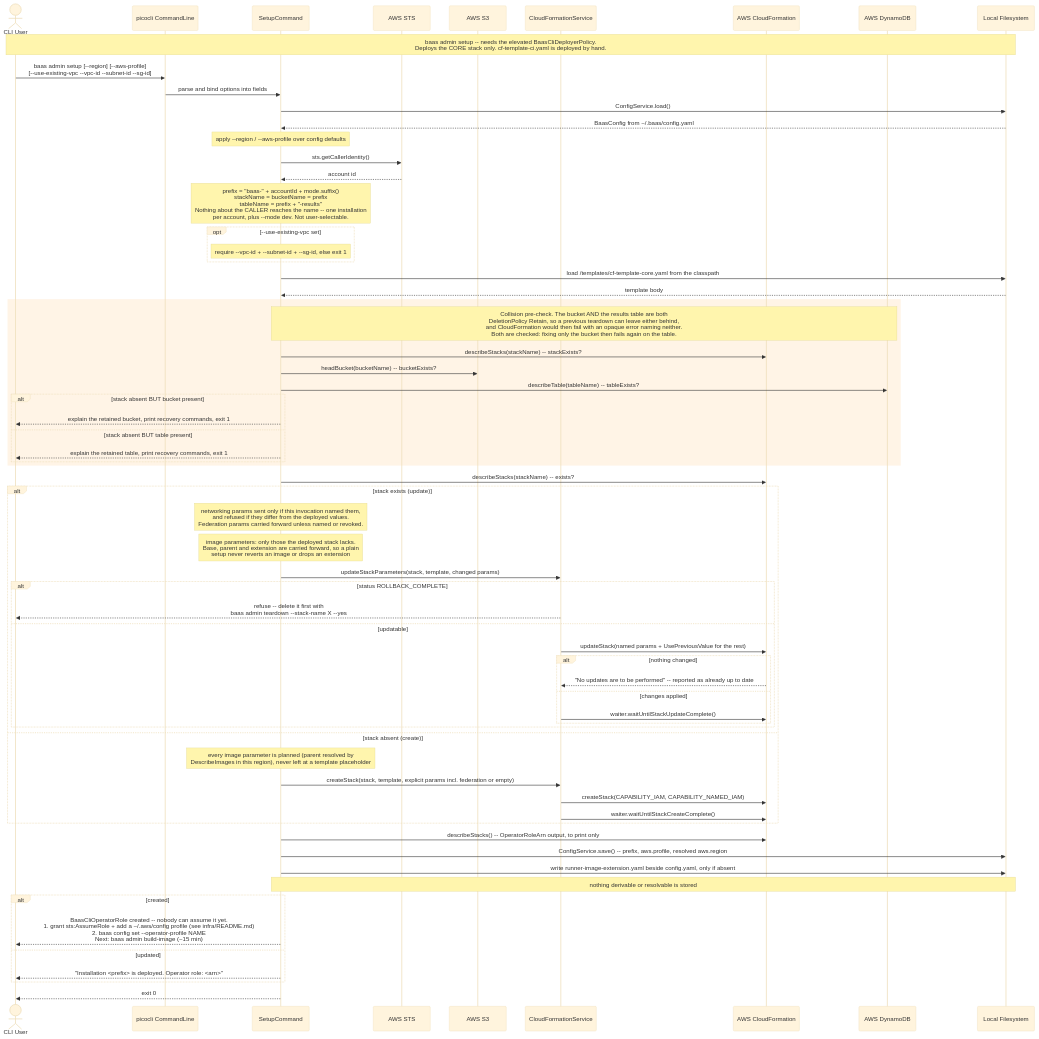
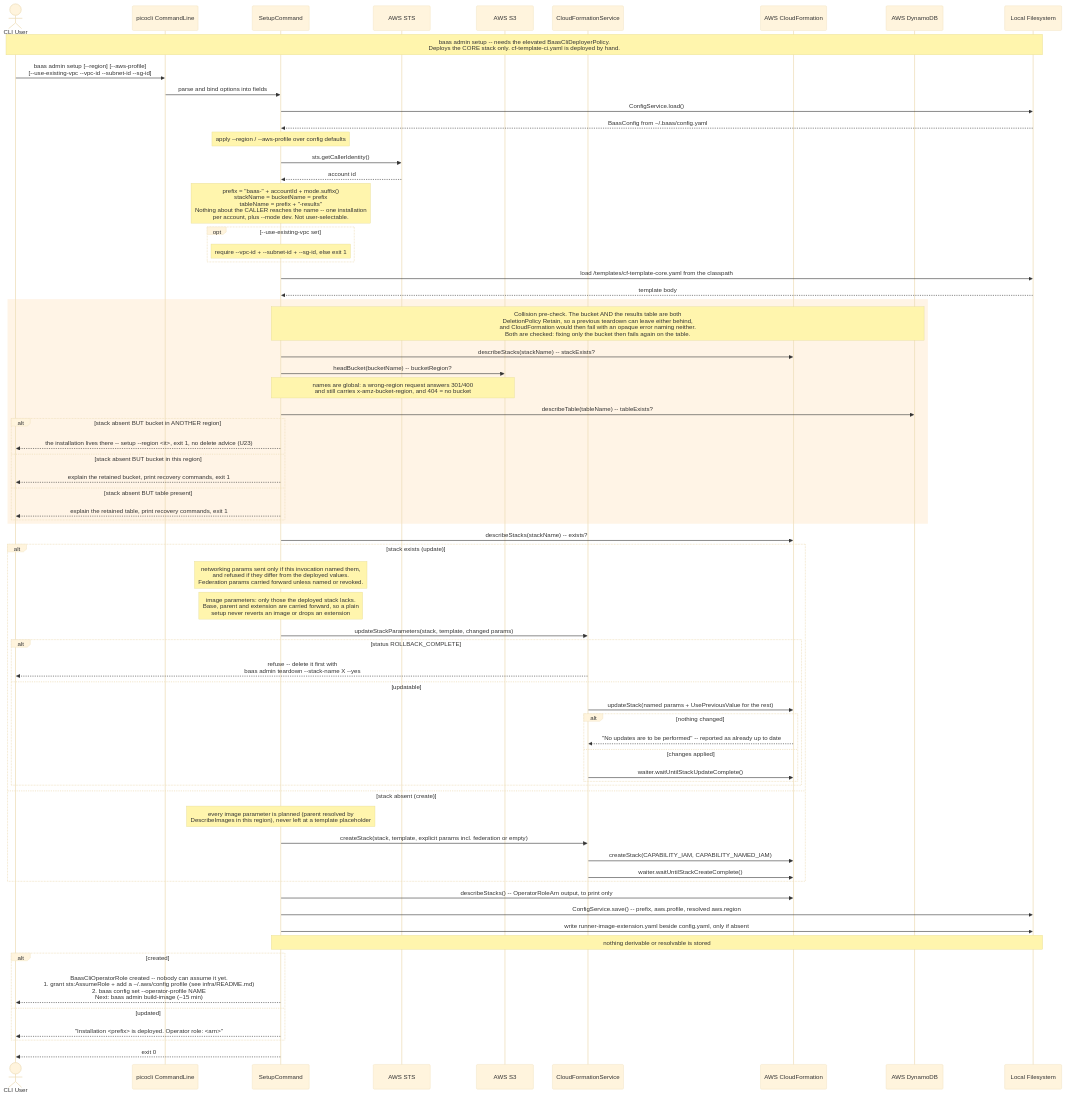
The diagram in docs/diagrams/baas-setup.mmd (wsztajerowski/benchmark-as-a-service), drawn with Mermaid (base theme) before and after one commit. The commit also changed 6 other files, not shown here.

First line of the commit message:
fix(cli): name the region a blocking bucket lives in during setup (U23)

```diff
--- a/docs/diagrams/baas-setup.mmd
+++ b/docs/diagrams/baas-setup.mmd
@@ -1,72 +1,75 @@
 sequenceDiagram
     actor User as CLI User
     participant picocli as picocli CommandLine
     participant SC as SetupCommand
     participant STS as AWS STS
     participant S3 as AWS S3
     participant CFSvc as CloudFormationService
     participant CF as AWS CloudFormation
     participant DDB as AWS DynamoDB
     participant FS as Local Filesystem
 
     Note over User,FS: baas admin setup -- needs the elevated BaasCliDeployerPolicy.<br/>Deploys the CORE stack only. cf-template-ci.yaml is deployed by hand.
     User->>picocli: baas admin setup [--region] [--aws-profile]<br/>[--use-existing-vpc --vpc-id --subnet-id --sg-id]
     picocli->>SC: parse and bind options into fields
     SC->>FS: ConfigService.load()
     FS-->>SC: BaasConfig from ~/.baas/config.yaml
     Note over SC: apply --region / --aws-profile over config defaults
     SC->>STS: sts.getCallerIdentity()
     STS-->>SC: account id
     Note over SC: prefix = "baas-" + accountId + mode.suffix()<br/>stackName = bucketName = prefix<br/>tableName = prefix + "-results"<br/>Nothing about the CALLER reaches the name -- one installation<br/>per account, plus --mode dev. Not user-selectable.
     opt --use-existing-vpc set
         Note over SC: require --vpc-id + --subnet-id + --sg-id, else exit 1
     end
     SC->>FS: load /templates/cf-template-core.yaml from the classpath
     FS-->>SC: template body
 
     rect rgb(255, 244, 230)
         Note over SC,DDB: Collision pre-check. The bucket AND the results table are both<br/>DeletionPolicy Retain, so a previous teardown can leave either behind,<br/>and CloudFormation would then fail with an opaque error naming neither.<br/>Both are checked: fixing only the bucket then fails again on the table.
         SC->>CF: describeStacks(stackName) -- stackExists?
-        SC->>S3: headBucket(bucketName) -- bucketExists?
+        SC->>S3: headBucket(bucketName) -- bucketRegion?
+        Note over SC,S3: names are global: a wrong-region request answers 301/400<br/>and still carries x-amz-bucket-region, and 404 = no bucket
         SC->>DDB: describeTable(tableName) -- tableExists?
-        alt stack absent BUT bucket present
+        alt stack absent BUT bucket in ANOTHER region
+            SC-->>User: the installation lives there -- setup --region <it>, exit 1, no delete advice (U23)
+        else stack absent BUT bucket in this region
             SC-->>User: explain the retained bucket, print recovery commands, exit 1
         else stack absent BUT table present
             SC-->>User: explain the retained table, print recovery commands, exit 1
         end
     end
 
     SC->>CF: describeStacks(stackName) -- exists?
     alt stack exists (update)
         Note over SC: networking params sent only if this invocation named them,<br/>and refused if they differ from the deployed values.<br/>Federation params carried forward unless named or revoked.
         Note over SC: image parameters: only those the deployed stack lacks.<br/>Base, parent and extension are carried forward, so a plain<br/>setup never reverts an image or drops an extension
         SC->>CFSvc: updateStackParameters(stack, template, changed params)
         alt status ROLLBACK_COMPLETE
             CFSvc-->>User: refuse -- delete it first with<br/>baas admin teardown --stack-name X --yes
         else updatable
             CFSvc->>CF: updateStack(named params + UsePreviousValue for the rest)
             alt nothing changed
                 CF-->>CFSvc: "No updates are to be performed" -- reported as already up to date
             else changes applied
                 CFSvc->>CF: waiter.waitUntilStackUpdateComplete()
             end
         end
     else stack absent (create)
         Note over SC: every image parameter is planned (parent resolved by<br/>DescribeImages in this region), never left at a template placeholder
         SC->>CFSvc: createStack(stack, template, explicit params incl. federation or empty)
         CFSvc->>CF: createStack(CAPABILITY_IAM, CAPABILITY_NAMED_IAM)
         CFSvc->>CF: waiter.waitUntilStackCreateComplete()
     end
 
     SC->>CF: describeStacks() -- OperatorRoleArn output, to print only
     SC->>FS: ConfigService.save() -- prefix, aws.profile, resolved aws.region
     SC->>FS: write runner-image-extension.yaml beside config.yaml, only if absent
     Note over SC,FS: nothing derivable or resolvable is stored
 
     alt created
         SC-->>User: BaasCliOperatorRole created -- nobody can assume it yet.<br/>1. grant sts:AssumeRole + add a ~/.aws/config profile (see infra/README.md)<br/>2. baas config set --operator-profile NAME<br/>Next: baas admin build-image (~15 min)
     else updated
         SC-->>User: "Installation <prefix> is deployed. Operator role: <arn>"
     end
 
     SC-->>User: exit 0
```
